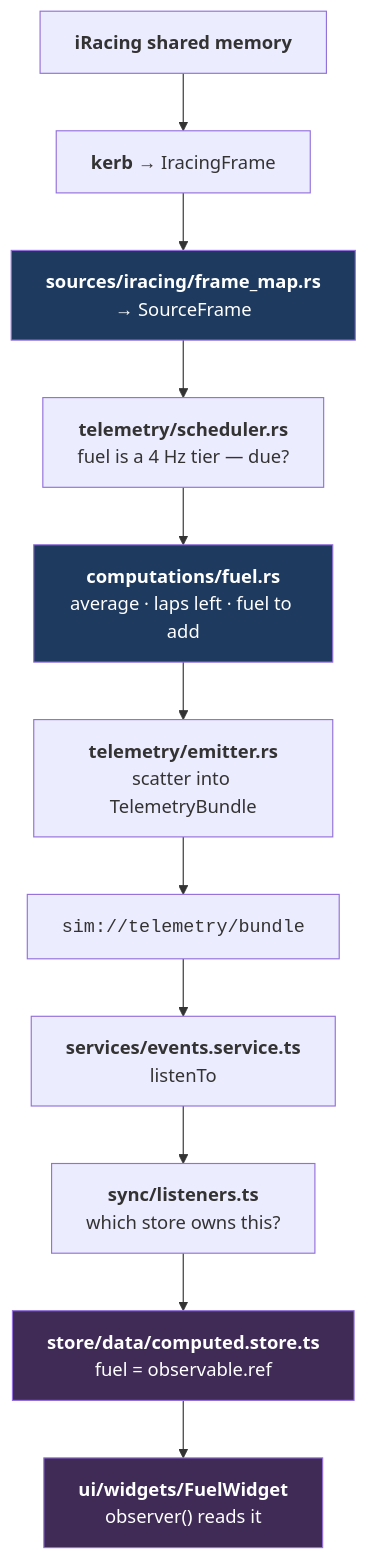
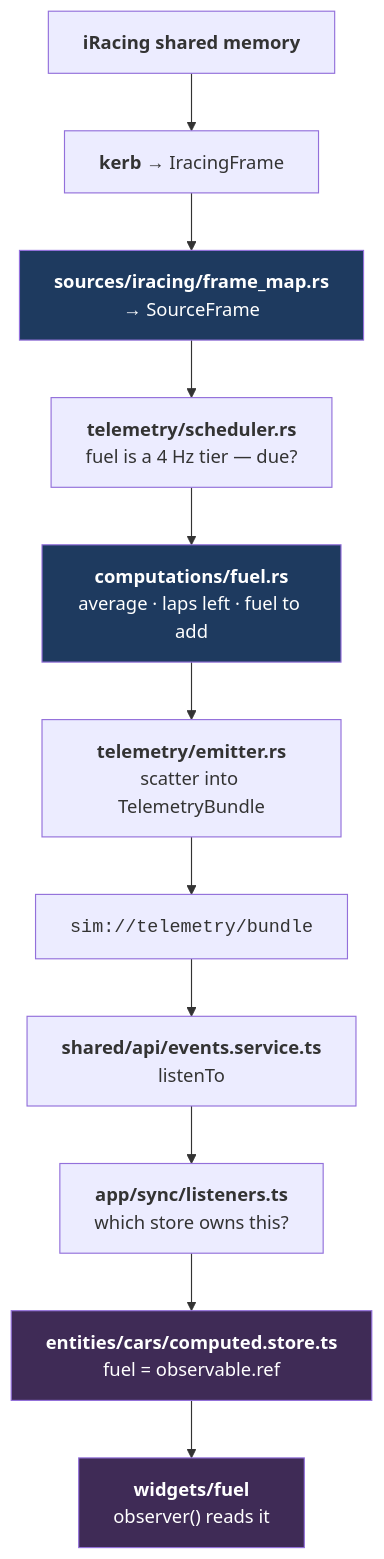
Diagram 19 of 22 in docs/architecture.md (mvoof/Marble-Trace), drawn with Mermaid before and after one commit. The commit also changed other lines of this file and 1582 other files, not shown here.

````diff
--- a/docs/architecture.md
+++ b/docs/architecture.md
@@ -1482,21 +1566,21 @@
 ```mermaid
 flowchart TB
     S["<b>iRacing shared memory</b>"]
     K["<b>kerb</b> → IracingFrame"]
     SRC["<b>sources/iracing/frame_map.rs</b><br/>→ SourceFrame"]
     SCH["<b>telemetry/scheduler.rs</b><br/>fuel is a 4 Hz tier — due?"]
     COMP["<b>computations/fuel.rs</b><br/>average · laps left · fuel to add"]
     EM["<b>telemetry/emitter.rs</b><br/>scatter into TelemetryBundle"]
     EV["<code>sim://telemetry/bundle</code>"]
-    SVC["<b>services/events.service.ts</b><br/>listenTo"]
-    SYNC["<b>sync/listeners.ts</b><br/>which store owns this?"]
-    DATA["<b>store/data/computed.store.ts</b><br/>fuel = observable.ref"]
-    UI["<b>ui/widgets/FuelWidget</b><br/>observer() reads it"]
+    SVC["<b>shared/api/events.service.ts</b><br/>listenTo"]
+    SYNC["<b>app/sync/listeners.ts</b><br/>which store owns this?"]
+    DATA["<b>entities/cars/computed.store.ts</b><br/>fuel = observable.ref"]
+    UI["<b>widgets/fuel</b><br/>observer() reads it"]
 
     S --> K --> SRC --> SCH --> COMP --> EM --> EV --> SVC --> SYNC --> DATA --> UI
 
     style SRC fill:#1e3a5f,color:#fff
     style COMP fill:#1e3a5f,color:#fff
     style DATA fill:#3f2b56,color:#fff
     style UI fill:#3f2b56,color:#fff
 ```
````
